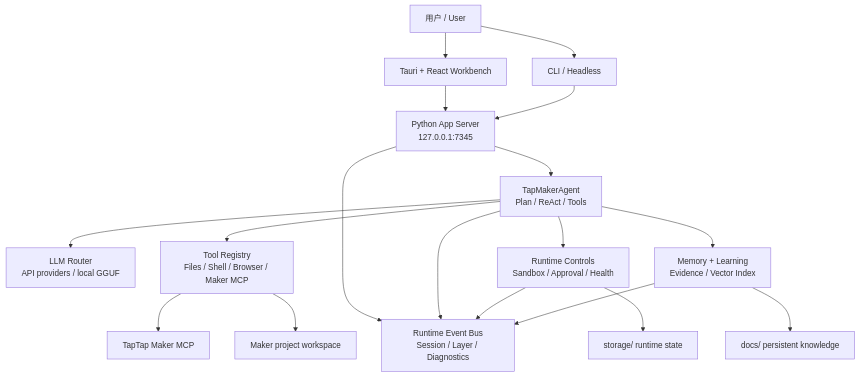
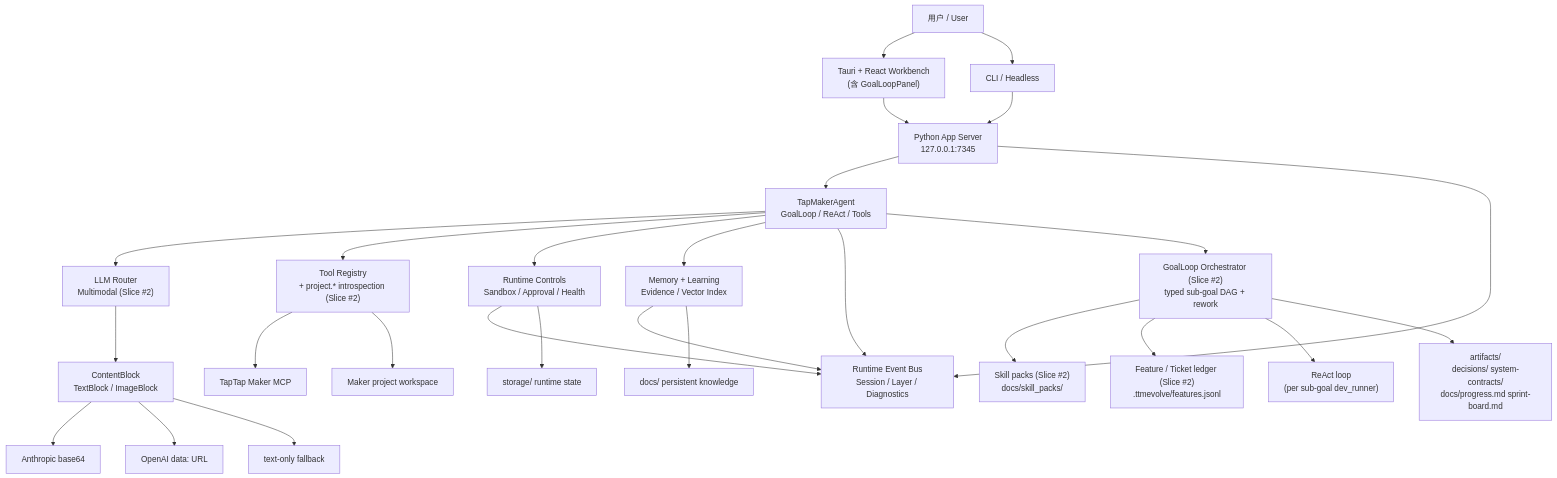
Before and after one commit to KingSystemHaiGo/TTMEvolve: the diagram in README.md, drawn with Mermaid. The commit also changed other lines of this file and 1 other file, not shown here.

First line of the commit message:
docs(readme): architecture mermaid + Slice #2 layer table

````diff
--- a/README.md
+++ b/README.md
@@ -130,23 +130,34 @@
 ```mermaid
 flowchart TB
-    User["用户 / User"] --> GUI["Tauri + React Workbench"]
+    User["用户 / User"] --> GUI["Tauri + React Workbench<br/>(含 GoalLoopPanel)"]
     User --> CLI["CLI / Headless"]
 
     GUI --> Server["Python App Server<br/>127.0.0.1:7345"]
     CLI --> Server
 
-    Server --> Agent["TapMakerAgent<br/>Plan / ReAct / Tools"]
-    Agent --> LLM["LLM Router<br/>API providers / local GGUF"]
-    Agent --> Tools["Tool Registry<br/>Files / Shell / Browser / Maker MCP"]
+    Server --> Agent["TapMakerAgent<br/>GoalLoop / ReAct / Tools"]
+    Agent --> LLM["LLM Router<br/>Multimodal (Slice #2)"]
+    Agent --> Tools["Tool Registry<br/>+ project.* introspection (Slice #2)"]
     Agent --> Runtime["Runtime Controls<br/>Sandbox / Approval / Health"]
     Agent --> Memory["Memory + Learning<br/>Evidence / Vector Index"]
     Server --> Bus["Runtime Event Bus<br/>Session / Layer / Diagnostics"]
     Agent --> Bus
     Runtime --> Bus
     Memory --> Bus
 
+    Agent --> GoalLoop["GoalLoop Orchestrator (Slice #2)<br/>typed sub-goal DAG + rework"]
+    GoalLoop --> SkillPacks["Skill packs (Slice #2)<br/>docs/skill_packs/"]
+    GoalLoop --> FeatureState["Feature / Ticket ledger (Slice #2)<br/>.ttmevolve/features.jsonl"]
+    GoalLoop --> ReAct["ReAct loop<br/>(per sub-goal dev_runner)"]
+
     Tools --> Maker["TapTap Maker MCP"]
     Tools --> Project["Maker project workspace"]
     Runtime --> Storage["storage/ runtime state"]
     Memory --> Docs["docs/ persistent knowledge"]
+    GoalLoop --> Artifacts["artifacts/<br/>decisions/ system-contracts/<br/>docs/progress.md sprint-board.md"]
+
+    LLM --> ContentBlock["ContentBlock<br/>TextBlock / ImageBlock"]
+    ContentBlock --> Anthropic["Anthropic base64"]
+    ContentBlock --> OpenAI["OpenAI data: URL"]
+    ContentBlock --> Fallback["text-only fallback"]
 ```
````
